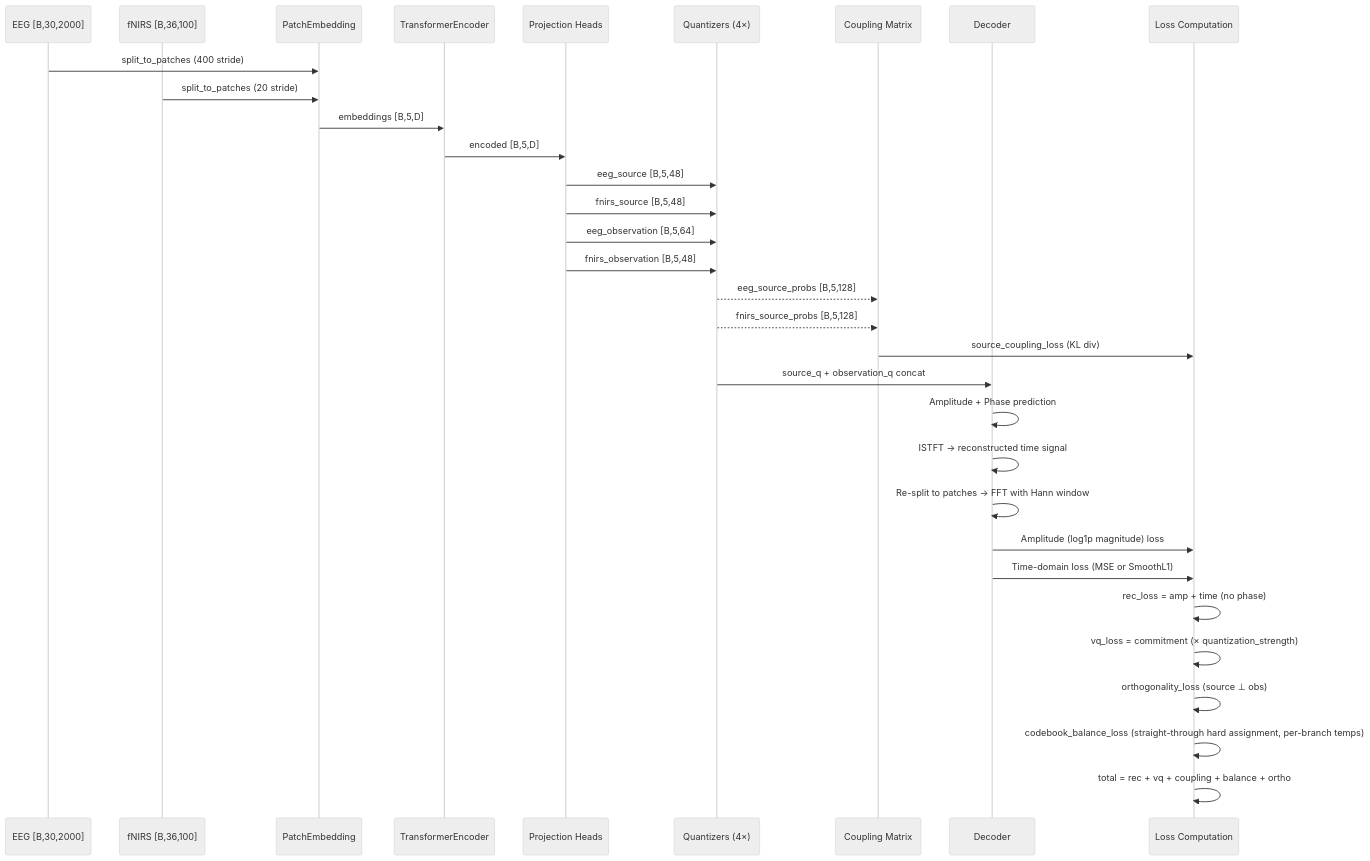
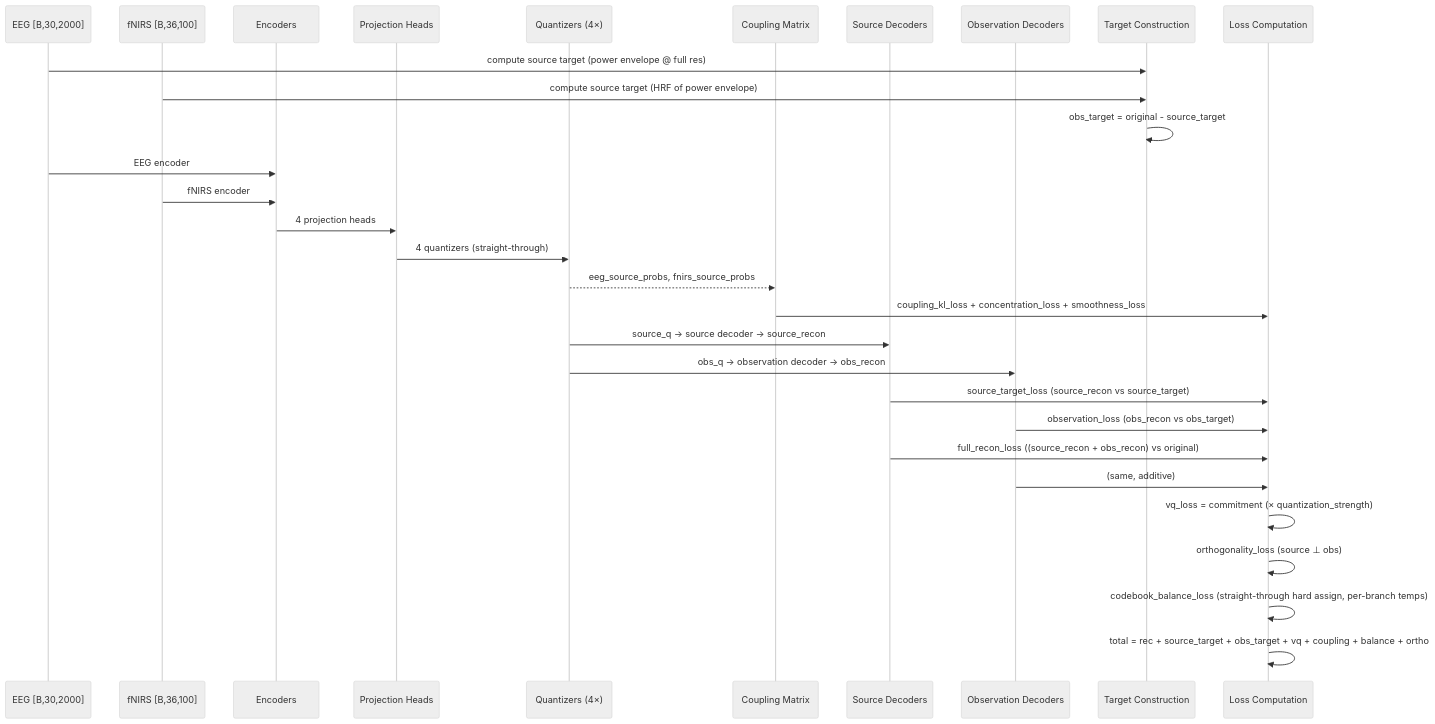
Before and after one commit to Kevin65536/PID-MCM: the second of 3 diagrams in docs/ARCHITECTURE.md, drawn with Mermaid (neutral theme). The commit also changed other lines of this file and 4 other files, not shown here.

Commit message:
change architecture design and loss design, change implementation phase target

````diff
--- a/docs/ARCHITECTURE.md
+++ b/docs/ARCHITECTURE.md
@@ -106,38 +125,38 @@
 ```mermaid
 sequenceDiagram
     participant EEG as EEG [B,30,2000]
     participant fNIRS as fNIRS [B,36,100]
-    participant Patch as PatchEmbedding
-    participant Enc as TransformerEncoder
+    participant Enc as Encoders
     participant Proj as Projection Heads
     participant Quant as Quantizers (4×)
     participant Coup as Coupling Matrix
-    participant Dec as Decoder
+    participant DecS as Source Decoders
+    participant DecO as Observation Decoders
+    participant Target as Target Construction
     participant Loss as Loss Computation
 
-    EEG->>Patch: split_to_patches (400 stride)
-    fNIRS->>Patch: split_to_patches (20 stride)
-    Patch->>Enc: embeddings [B,5,D]
-    Enc->>Proj: encoded [B,5,D]
+    EEG->>Target: compute source target (power envelope @ full res)
+    fNIRS->>Target: compute source target (HRF of power envelope)
+    Target->>Target: obs_target = original - source_target
 
-    Proj->>Quant: eeg_source [B,5,48]
-    Proj->>Quant: fnirs_source [B,5,48]
-    Proj->>Quant: eeg_observation [B,5,64]
-    Proj->>Quant: fnirs_observation [B,5,48]
+    EEG->>Enc: EEG encoder
+    fNIRS->>Enc: fNIRS encoder
+    Enc->>Proj: 4 projection heads
+    Proj->>Quant: 4 quantizers (straight-through)
 
-    Quant-->>Coup: eeg_source_probs [B,5,128]
-    Quant-->>Coup: fnirs_source_probs [B,5,128]
-    Coup->>Loss: source_coupling_loss (KL div)
+    Quant-->>Coup: eeg_source_probs, fnirs_source_probs
+    Coup->>Loss: coupling_kl_loss + concentration_loss + smoothness_loss
 
-    Quant->>Dec: source_q + observation_q concat
-    Dec->>Dec: Amplitude + Phase prediction
-    Dec->>Dec: ISTFT → reconstructed time signal
-    Dec->>Dec: Re-split to patches → FFT with Hann window
-    Dec->>Loss: Amplitude (log1p magnitude) loss
-    Dec->>Loss: Time-domain loss (MSE or SmoothL1)
-    Loss->>Loss: rec_loss = amp + time (no phase)
+    Quant->>DecS: source_q → source decoder → source_recon
+    Quant->>DecO: obs_q → observation decoder → obs_recon
+
+    DecS->>Loss: source_target_loss (source_recon vs source_target)
+    DecO->>Loss: observation_loss (obs_recon vs obs_target)
+    DecS->>Loss: full_recon_loss ((source_recon + obs_recon) vs original)
+    DecO->>Loss: (same, additive)
+
     Loss->>Loss: vq_loss = commitment (× quantization_strength)
     Loss->>Loss: orthogonality_loss (source ⊥ obs)
-    Loss->>Loss: codebook_balance_loss (straight-through hard assignment, per-branch temps)
-    Loss->>Loss: total = rec + vq + coupling + balance + ortho
+    Loss->>Loss: codebook_balance_loss (straight-through hard assign, per-branch temps)
+    Loss->>Loss: total = rec + source_target + obs_target + vq + coupling + balance + ortho
 ```
````
